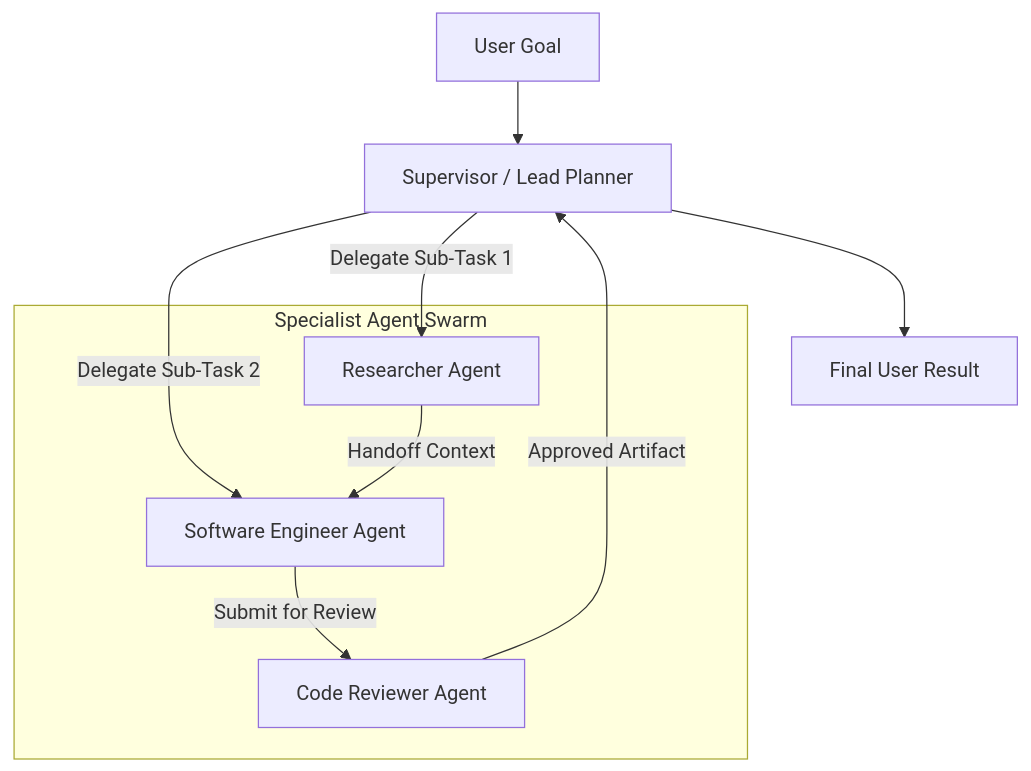
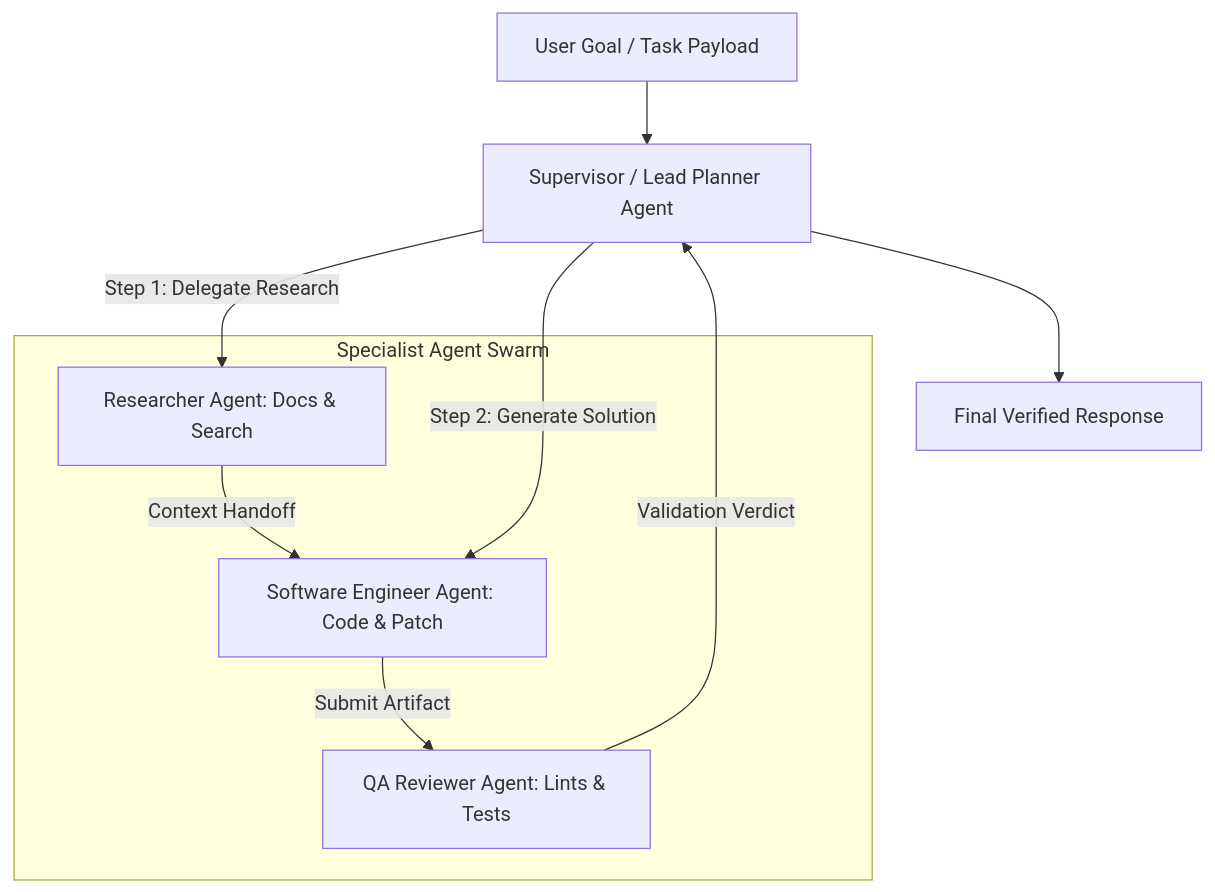
One commit to Ovanthra-Inc/sidhya-blog changed the diagram in content/posts/ai-engineering-from-zero/multi-agent-framework-part-3-orchestration.mdx. Above: the diagram before and after it, drawn with Mermaid. The commit also changed other lines of this file and 42 other files, not shown here.

````diff
--- a/content/posts/ai-engineering-from-zero/multi-agent-framework-part-3-orchestration.mdx
+++ b/content/posts/ai-engineering-from-zero/multi-agent-framework-part-3-orchestration.mdx
@@ -39,17 +34,17 @@
 ```mermaid
 flowchart TD
-    UserQuery[User Goal] --> Supervisor[Supervisor / Lead Planner]
+    UserQuery[User Goal / Task Payload] --> Supervisor[Supervisor / Lead Planner Agent]
 
-    subgraph SpecialistAgents[Specialist Agent Swarm]
-        ResearchAgent[Researcher Agent]
-        CoderAgent[Software Engineer Agent]
-        ReviewerAgent[Code Reviewer Agent]
+    subgraph SwarmTeam[Specialist Agent Swarm]
+        ResearchAgent[Researcher Agent: Docs & Search]
+        EngineerAgent[Software Engineer Agent: Code & Patch]
+        QAAgent[QA Reviewer Agent: Lints & Tests]
     end
 
-    Supervisor -->|Delegate Sub-Task 1| ResearchAgent
-    Supervisor -->|Delegate Sub-Task 2| CoderAgent
-    ResearchAgent -->|Handoff Context| CoderAgent
-    CoderAgent -->|Submit for Review| ReviewerAgent
-    ReviewerAgent -->|Approved Artifact| Supervisor
-    Supervisor --> FinalOutput[Final User Result]
+    Supervisor -->|Step 1: Delegate Research| ResearchAgent
+    ResearchAgent -->|Context Handoff| EngineerAgent
+    Supervisor -->|Step 2: Generate Solution| EngineerAgent
+    EngineerAgent -->|Submit Artifact| QAAgent
+    QAAgent -->|Validation Verdict| Supervisor
+    Supervisor --> FinalOutput[Final Verified Response]
 ```
````
